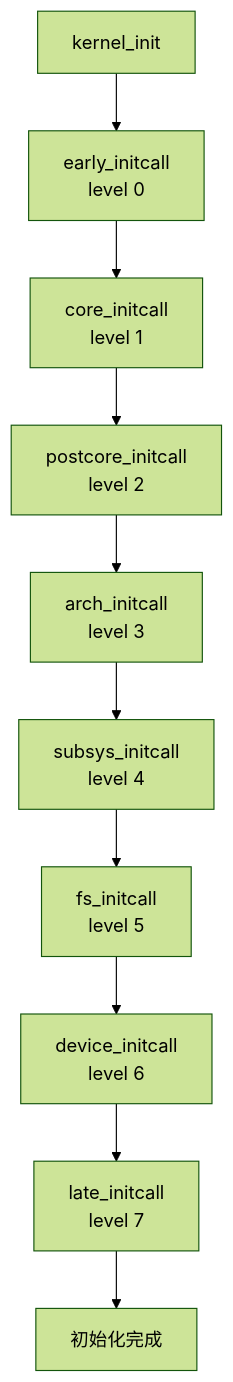
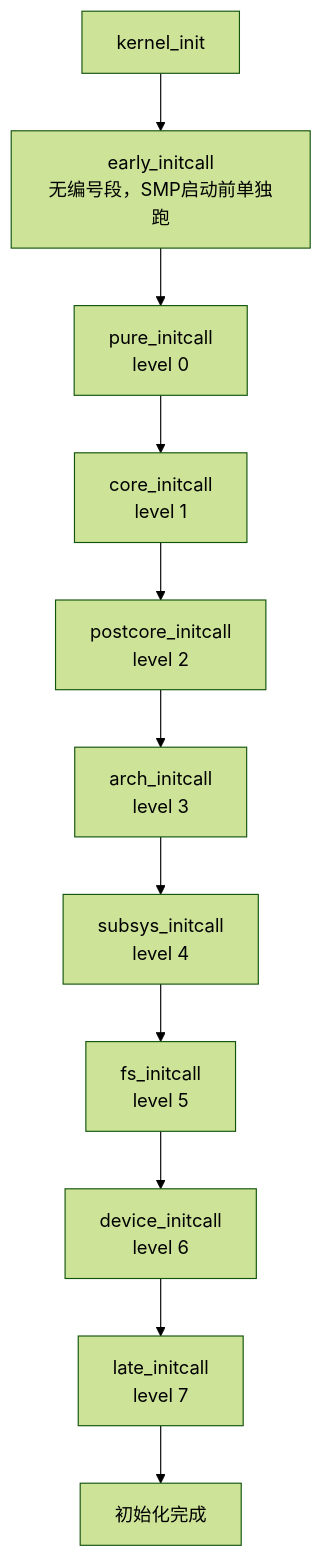
One commit to xiaohong0925/Embedded_Knowledge_System_V2026 changed the first of 2 diagrams in docs/02-核心机制深度解析/第7章 启动链深度解析/7.5.3_initcalls_八级初始化机制.md. Above: the diagram before and after it, drawn with Mermaid (forest theme). The commit also changed other lines of this file and 49 other files, not shown here.

````diff
--- a/docs/02-核心机制深度解析/第7章 启动链深度解析/7.5.3_initcalls_八级初始化机制.md
+++ b/docs/02-核心机制深度解析/第7章 启动链深度解析/7.5.3_initcalls_八级初始化机制.md
@@ -24,12 +24,13 @@
 ```mermaid
 flowchart TD
-    A[kernel_init] --> B[early_initcall<br/>level 0]
-    B --> C[core_initcall<br/>level 1]
+    A[kernel_init] --> B[early_initcall<br/>无编号段，SMP启动前单独跑]
+    B --> P[pure_initcall<br/>level 0]
+    P --> C[core_initcall<br/>level 1]
     C --> D[postcore_initcall<br/>level 2]
     D --> E[arch_initcall<br/>level 3]
     E --> F[subsys_initcall<br/>level 4]
     F --> G[fs_initcall<br/>level 5]
     G --> H[device_initcall<br/>level 6]
     H --> I[late_initcall<br/>level 7]
     I --> J[初始化完成]
 ```
````
